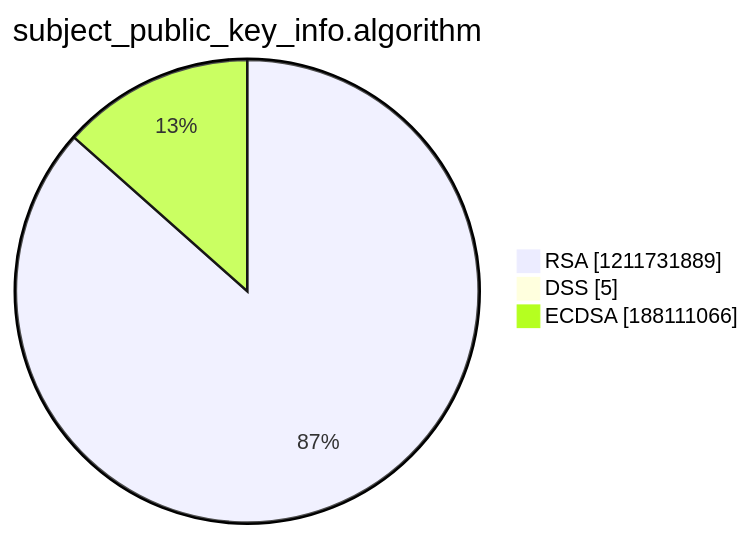
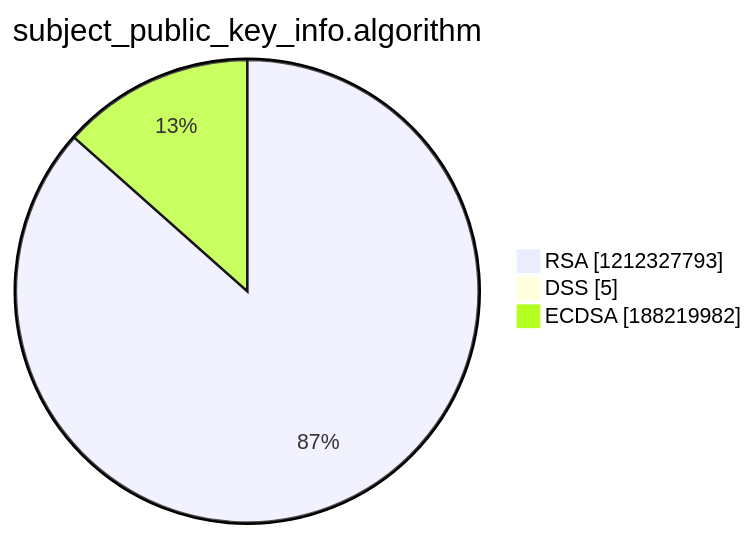
One commit to christiankrug/ctmonitor_visualization changed the third of 15 diagrams in argon2022/README.md. Above: the diagram before and after it, drawn with Mermaid. The commit also changed other lines of this file, not shown here.

````diff
--- a/argon2022/README.md
+++ b/argon2022/README.md
@@ -14,7 +14,7 @@
 ```mermaid
 pie showData
 title subject_public_key_info.algorithm
-"RSA" :1211731889
+"RSA" :1212327793
 "DSS" :5
-"ECDSA" :188111066
+"ECDSA" :188219982
 ```
````
